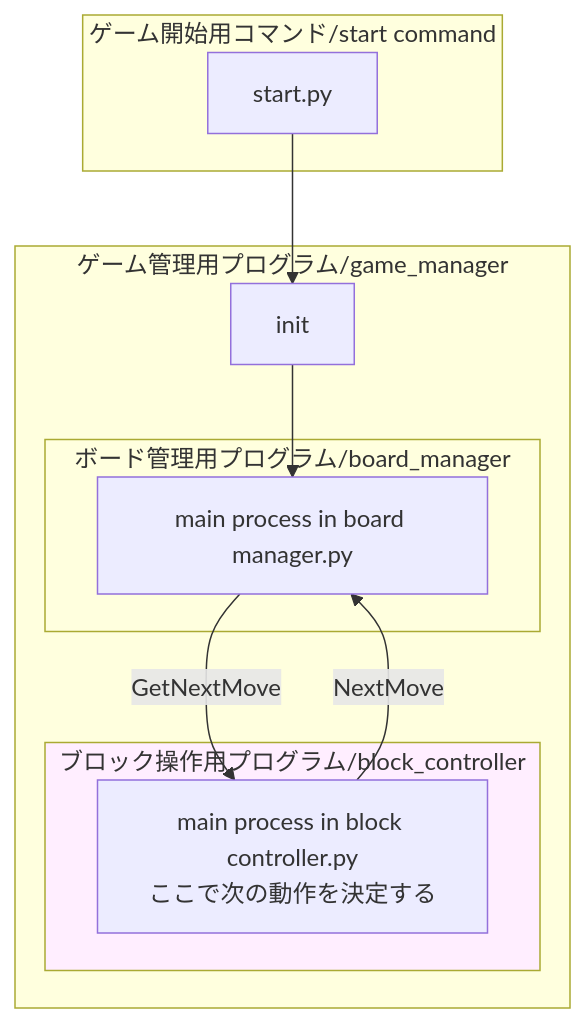
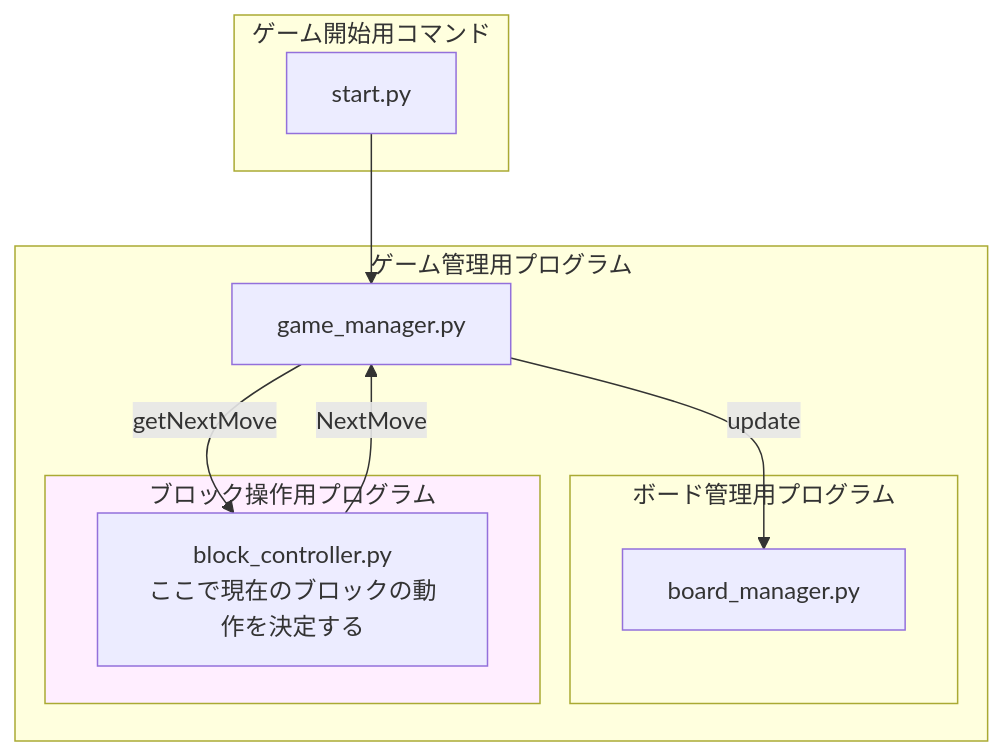
One commit to seigot/tetris changed the diagram in README.md. Above: the diagram before and after it, drawn with Mermaid.

````diff
--- a/README.md
+++ b/README.md
@@ -109,23 +109,24 @@
 ```mermaid
   graph TB
 
-  subgraph ゲーム管理用プログラム/game_manager
-    B1["init"]-->C1
-    C1["main process in board manager.py"]
-    D1["main process in block controller.py<br>ここで次の動作を決定する"]
-    C1 --GetNextMove--> D1
-    D1 --NextMove--> C1
-    subgraph ボード管理用プログラム/board_manager
+  subgraph ゲーム管理用プログラム
+    B1["game_manager.py"]
+    C1["board_manager.py"]
+    D1["block_controller.py<br>ここで現在のブロックの動作を決定する"]
+    B1 --update--> C1
+    B1 --getNextMove--> D1
+    D1 --NextMove--> B1
+    subgraph ボード管理用プログラム
         C1
     end
-    subgraph ブロック操作用プログラム/block_controller
+    subgraph ブロック操作用プログラム
         D1
     end
   end
 
 
-  subgraph ゲーム開始用コマンド/start command
+  subgraph ゲーム開始用コマンド
      A1[start.py] --> B1
   end
-style ブロック操作用プログラム/block_controller fill:#fef
+style ブロック操作用プログラム fill:#fef
 ```
````
